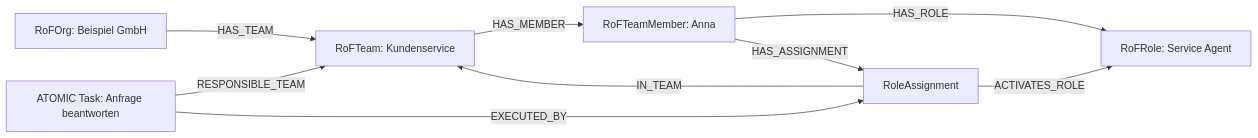
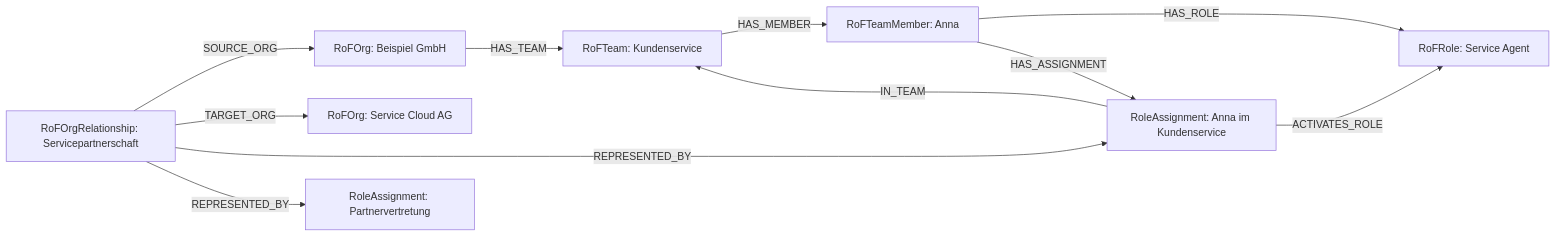
Before and after one commit to eeimicke/junaco-jci-loop: the second of 12 diagrams in docs/guides/JCI_EXAMPLE.md, drawn with Mermaid. The commit also changed other lines of this file and 11 other files, not shown here.

````diff
--- a/docs/guides/JCI_EXAMPLE.md
+++ b/docs/guides/JCI_EXAMPLE.md
@@ -39,11 +52,14 @@
 ```mermaid
 flowchart LR
-    Org[RoFOrg: Beispiel GmbH] -->|HAS_TEAM| Team[RoFTeam: Kundenservice]
+    Relation[RoFOrgRelationship: Servicepartnerschaft]
+    Relation -->|SOURCE_ORG| Customer[RoFOrg: Beispiel GmbH]
+    Relation -->|TARGET_ORG| Partner[RoFOrg: Service Cloud AG]
+    Customer -->|HAS_TEAM| Team[RoFTeam: Kundenservice]
     Team -->|HAS_MEMBER| Anna[RoFTeamMember: Anna]
     Anna -->|HAS_ROLE| Role[RoFRole: Service Agent]
-    Anna -->|HAS_ASSIGNMENT| Assignment[RoleAssignment]
+    Anna -->|HAS_ASSIGNMENT| Assignment[RoleAssignment: Anna im Kundenservice]
     Assignment -->|IN_TEAM| Team
     Assignment -->|ACTIVATES_ROLE| Role
-    Task[ATOMIC Task: Anfrage beantworten] -->|RESPONSIBLE_TEAM| Team
-    Task -->|EXECUTED_BY| Assignment
+    Relation -->|REPRESENTED_BY| Assignment
+    Relation -->|REPRESENTED_BY| PartnerAssignment[RoleAssignment: Partnervertretung]
 ```
````
